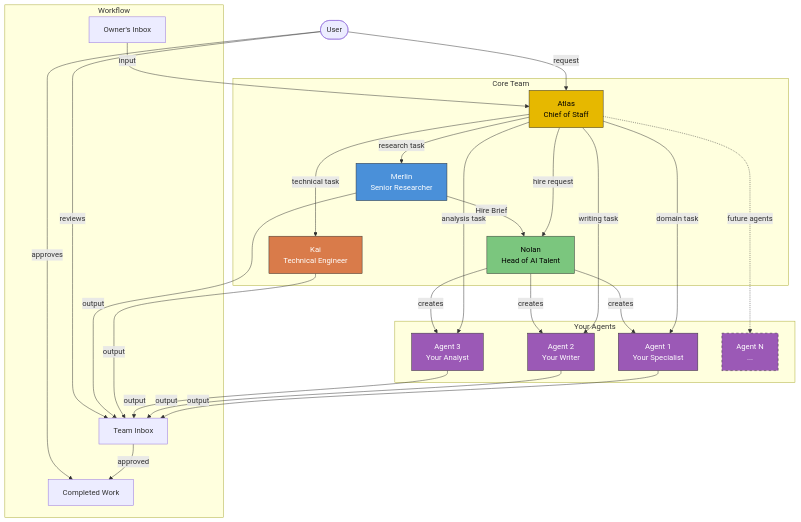
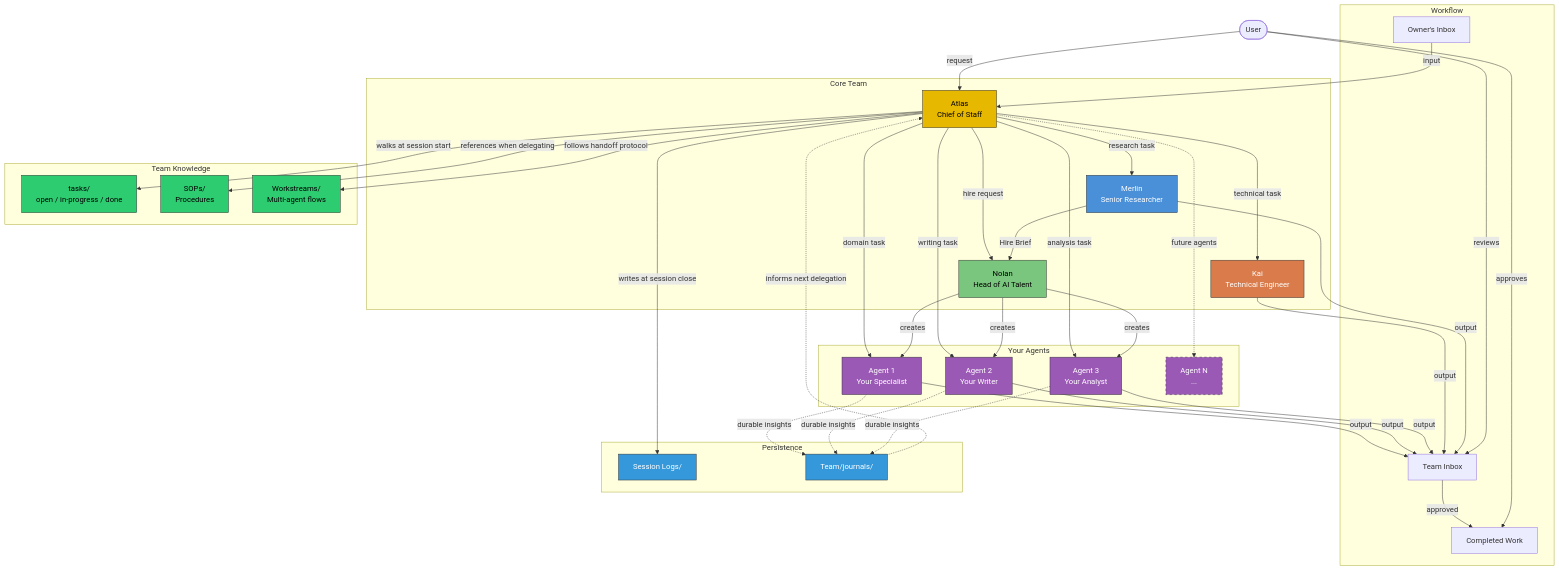
Before and after one commit to MetamusicX/agent-orchestra: the diagram in diagrams/orchestra-topology.mermaid, drawn with Mermaid. The commit also changed 24 other files, not shown here.

First line of the commit message:
v2: add task continuity, agent journals, session logging, SOPs and workstreams

```diff
--- a/diagrams/orchestra-topology.mermaid
+++ b/diagrams/orchestra-topology.mermaid
@@ -1,42 +1,66 @@
 graph TD
     User([User]) -->|request| Atlas[Atlas<br/>Chief of Staff]
 
     subgraph Core Team
         Atlas -->|research task| Merlin[Merlin<br/>Senior Researcher]
         Atlas -->|hire request| Nolan[Nolan<br/>Head of AI Talent]
         Atlas -->|technical task| Kai[Kai<br/>Technical Engineer]
         Merlin -->|Hire Brief| Nolan
     end
 
     subgraph Your Agents
         Atlas -->|domain task| A1[Agent 1<br/>Your Specialist]
         Atlas -->|writing task| A2[Agent 2<br/>Your Writer]
         Atlas -->|analysis task| A3[Agent 3<br/>Your Analyst]
         Atlas -.->|future agents| AN[Agent N<br/>...]
     end
 
     Nolan -->|creates| A1
     Nolan -->|creates| A2
     Nolan -->|creates| A3
 
     subgraph Workflow
         OI[Owner's Inbox] -->|input| Atlas
         A1 -->|output| TI[Team Inbox]
         A2 -->|output| TI
         A3 -->|output| TI
         Kai -->|output| TI
         Merlin -->|output| TI
         TI -->|approved| CW[Completed Work]
     end
 
+    subgraph Team Knowledge
+        Tasks[tasks/<br/>open / in-progress / done]
+        SOPs[SOPs/<br/>Procedures]
+        WS[Workstreams/<br/>Multi-agent flows]
+        Atlas -->|walks at session start| Tasks
+        Atlas -->|references when delegating| SOPs
+        Atlas -->|follows handoff protocol| WS
+    end
+
+    subgraph Persistence
+        SL[Session Logs/]
+        JRN[Team/journals/]
+        Atlas -->|writes at session close| SL
+        A1 -.->|durable insights| JRN
+        A2 -.->|durable insights| JRN
+        A3 -.->|durable insights| JRN
+        JRN -.->|informs next delegation| Atlas
+    end
+
     User -->|reviews| TI
     User -->|approves| CW
 
     style Atlas fill:#e6b800,stroke:#333,color:#000
     style Merlin fill:#4a90d9,stroke:#333,color:#fff
     style Nolan fill:#7bc67e,stroke:#333,color:#000
     style Kai fill:#d97b4a,stroke:#333,color:#fff
     style A1 fill:#9b59b6,stroke:#333,color:#fff
     style A2 fill:#9b59b6,stroke:#333,color:#fff
     style A3 fill:#9b59b6,stroke:#333,color:#fff
     style AN fill:#9b59b6,stroke:#333,color:#fff,stroke-dasharray: 5 5
+    style Tasks fill:#2ecc71,stroke:#333,color:#000
+    style SOPs fill:#2ecc71,stroke:#333,color:#000
+    style WS fill:#2ecc71,stroke:#333,color:#000
+    style SL fill:#3498db,stroke:#333,color:#fff
+    style JRN fill:#3498db,stroke:#333,color:#fff
```
